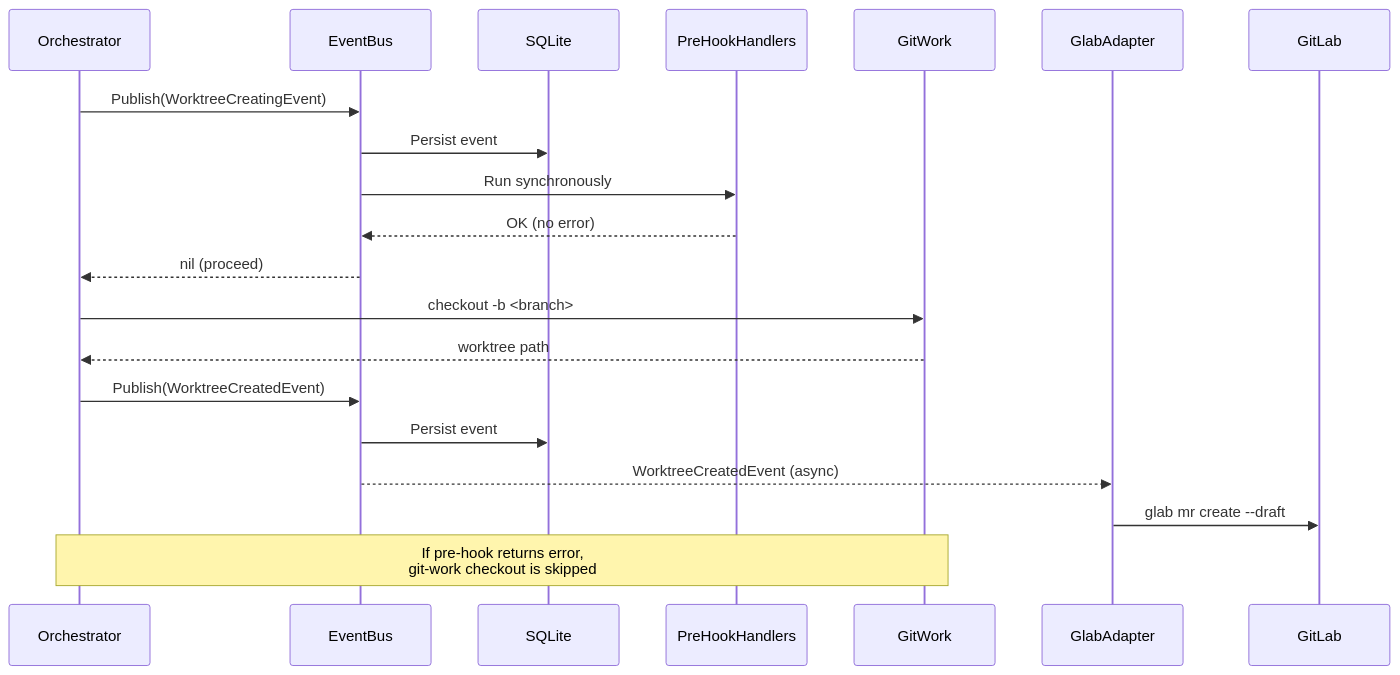
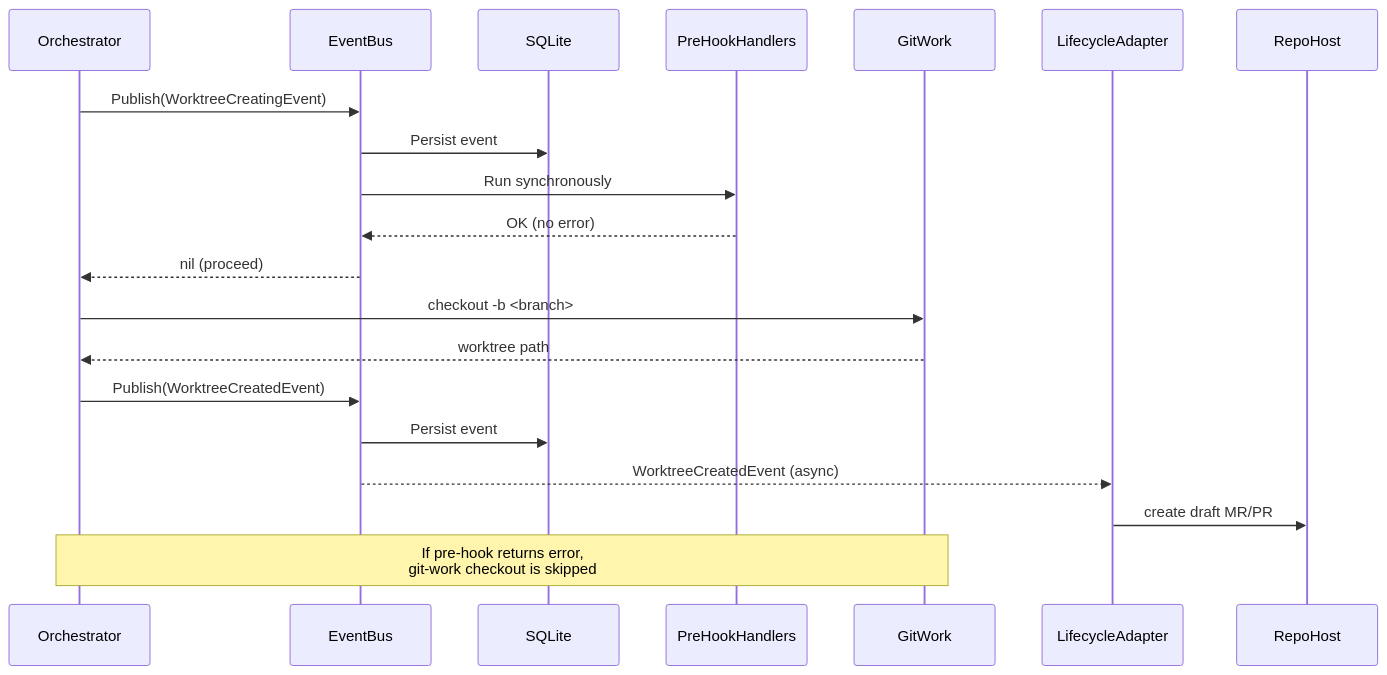
The second of 2 diagrams in docs/03-event-system.md (beeemT/substrate), drawn with Mermaid before and after one commit. The commit also changed other lines of this file and 11 other files, not shown here.

````diff
--- a/docs/03-event-system.md
+++ b/docs/03-event-system.md
@@ -422,22 +437,22 @@
 ```mermaid
 sequenceDiagram
     participant Orchestrator
     participant EventBus
     participant SQLite
     participant PreHookHandlers
     participant GitWork
-    participant GlabAdapter
-    participant GitLab
+    participant LifecycleAdapter
+    participant RepoHost
     Orchestrator->>EventBus: Publish(WorktreeCreatingEvent)
     EventBus->>SQLite: Persist event
     EventBus->>PreHookHandlers: Run synchronously
     PreHookHandlers-->>EventBus: OK (no error)
     EventBus-->>Orchestrator: nil (proceed)
     Orchestrator->>GitWork: checkout -b <branch>
     GitWork-->>Orchestrator: worktree path
     Orchestrator->>EventBus: Publish(WorktreeCreatedEvent)
     EventBus->>SQLite: Persist event
-    EventBus-->>GlabAdapter: WorktreeCreatedEvent (async)
-    GlabAdapter->>GitLab: glab mr create --draft
+    EventBus-->>LifecycleAdapter: WorktreeCreatedEvent (async)
+    LifecycleAdapter->>RepoHost: create draft MR/PR
     Note over Orchestrator,GitWork: If pre-hook returns error,<br/>git-work checkout is skipped
 ```
````
